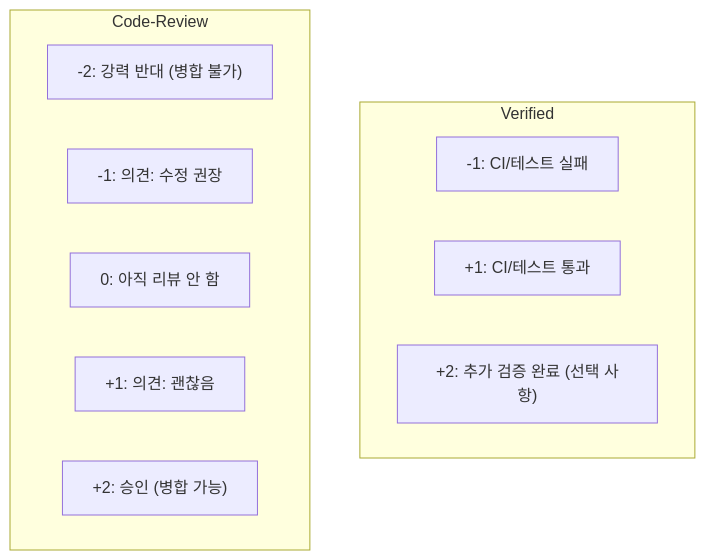
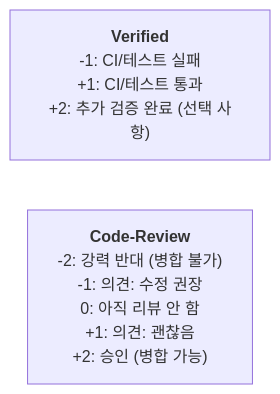
Before and after one commit to jingu279/Document: the fourth of 4 diagrams in 07_Gerrit/01_What_is_Gerrit.md, drawn with Mermaid. The commit also changed other lines of this file and 16 other files, not shown here.

Commit message:
Fix all Mermaid rendering issues (subgraph-to-subgraph, unconnected nodes, reserved names, dashes)

````diff
--- a/07_Gerrit/01_What_is_Gerrit.md
+++ b/07_Gerrit/01_What_is_Gerrit.md
@@ -150,15 +129,5 @@
 ```mermaid
-flowchart TB
-  subgraph Verified["Verified"]
-    V1["-1: CI/테스트 실패"]
-    V2["+1: CI/테스트 통과"]
-    V3["+2: 추가 검증 완료 (선택 사항)"]
-  end
-  subgraph CodeReview["Code-Review"]
-    CR1["-2: 강력 반대 (병합 불가)"]
-    CR2["-1: 의견: 수정 권장"]
-    CR3["0: 아직 리뷰 안 함"]
-    CR4["+1: 의견: 괜찮음"]
-    CR5["+2: 승인 (병합 가능)"]
-  end
+flowchart LR
+  Verified["<b>Verified</b><br/>-1: CI/테스트 실패<br/>+1: CI/테스트 통과<br/>+2: 추가 검증 완료 (선택 사항)"]
+  CodeReview["<b>Code-Review</b><br/>-2: 강력 반대 (병합 불가)<br/>-1: 의견: 수정 권장<br/>0: 아직 리뷰 안 함<br/>+1: 의견: 괜찮음<br/>+2: 승인 (병합 가능)"]
 ```
````
